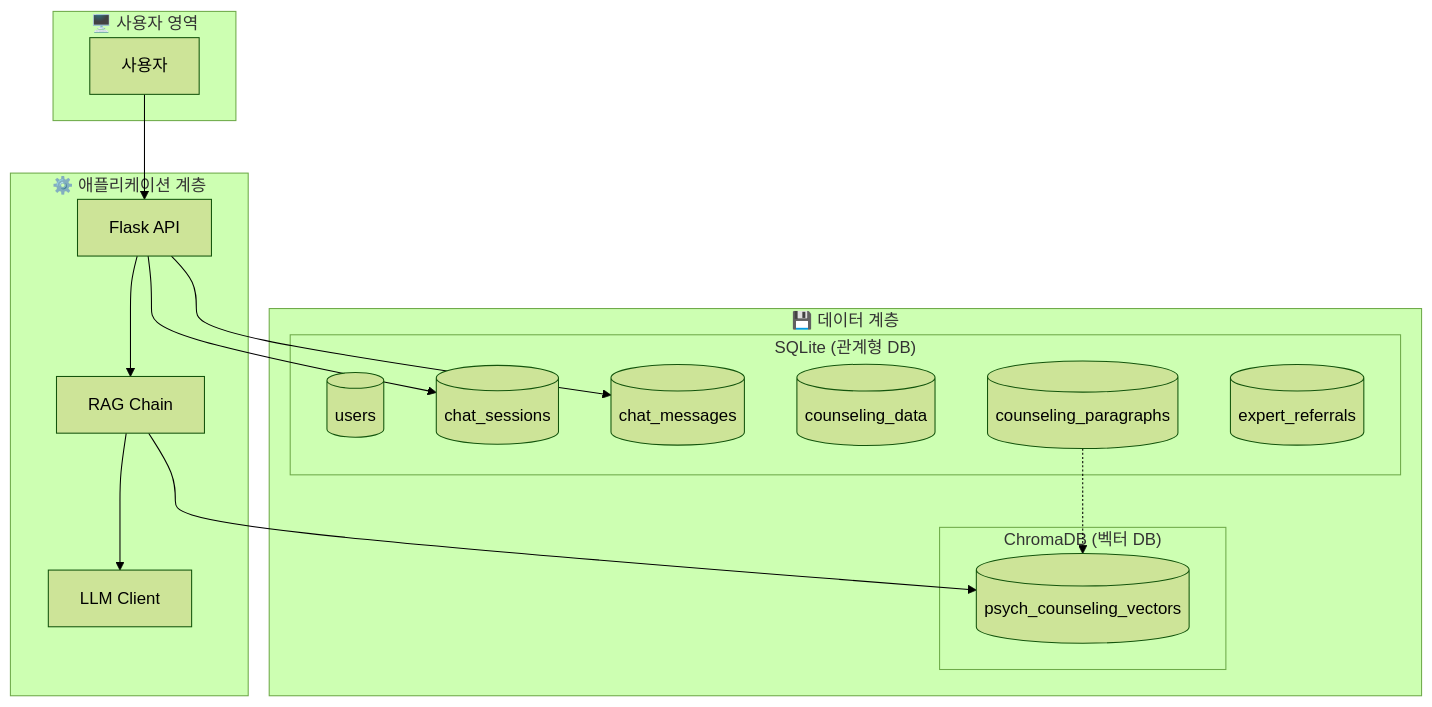
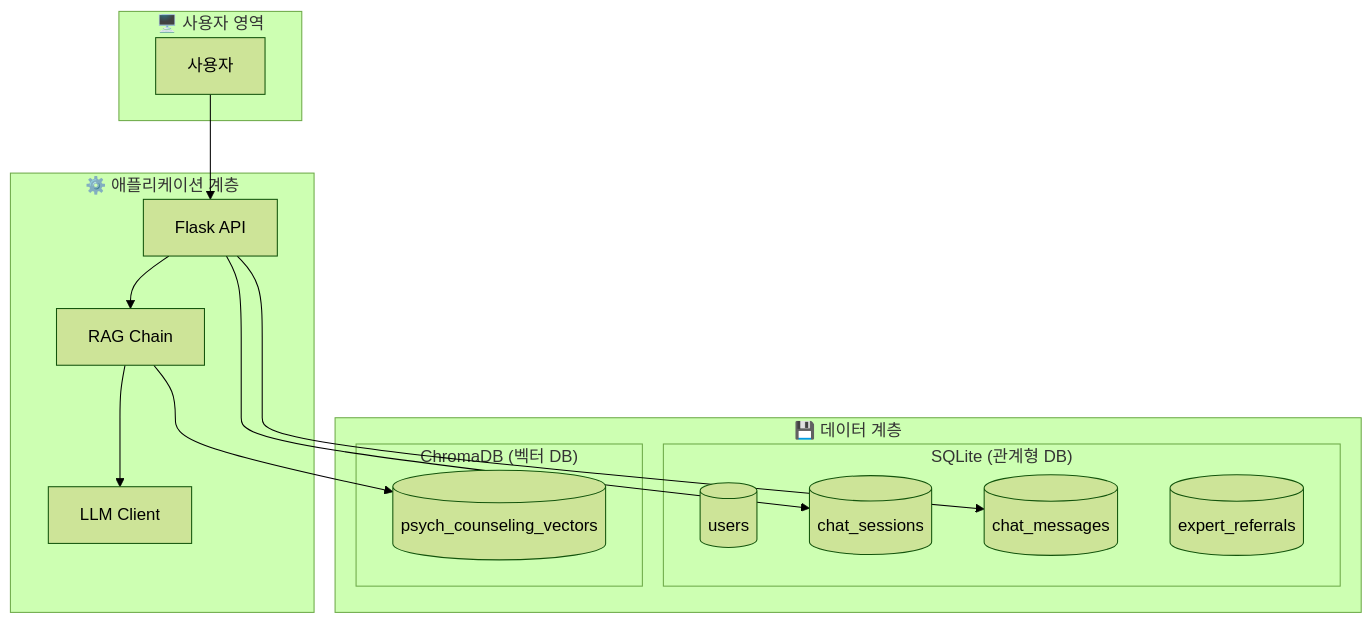
The first of 3 diagrams in docs/DATABASE_DESIGN.md (SKNETWORKS-FAMILY-AICAMP/SKN21-4th-3Team), drawn with Mermaid (forest theme) before and after one commit. The commit also changed other lines of this file and 2 other files, not shown here.

Commit message:
Update docs and fix gitignore (DATABASE_DESIGN.md architecture reflect)

````diff
--- a/docs/DATABASE_DESIGN.md
+++ b/docs/DATABASE_DESIGN.md
@@ -7,35 +7,32 @@
 ```mermaid
 flowchart TB
     subgraph 사용자영역["🖥️ 사용자 영역"]
         USER[사용자]
     end
-    
+
     subgraph 애플리케이션["⚙️ 애플리케이션 계층"]
         FLASK[Flask API]
         RAG[RAG Chain]
         LLM[LLM Client]
     end
-    
+
     subgraph 데이터계층["💾 데이터 계층"]
         subgraph SQLite["SQLite (관계형 DB)"]
             USERS[(users)]
             SESSIONS[(chat_sessions)]
             MESSAGES[(chat_messages)]
-            COUNSELING[(counseling_data)]
-            PARAGRAPHS[(counseling_paragraphs)]
             REFERRALS[(expert_referrals)]
         end
-        
+
         subgraph ChromaDB["ChromaDB (벡터 DB)"]
             VECTORS[(psych_counseling_vectors)]
         end
     end
-    
+
     USER --> FLASK
     FLASK --> RAG
     RAG --> LLM
     RAG --> VECTORS
     FLASK --> SESSIONS
     FLASK --> MESSAGES
-    PARAGRAPHS -.-> VECTORS
 ```
````
